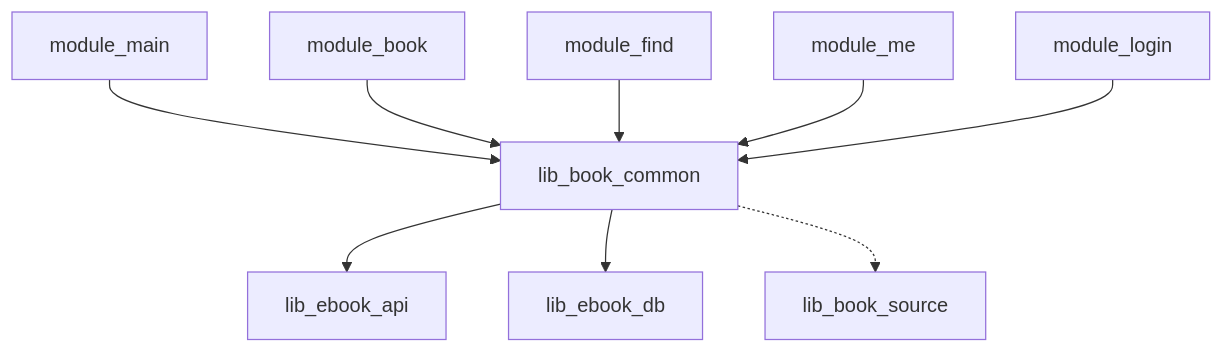
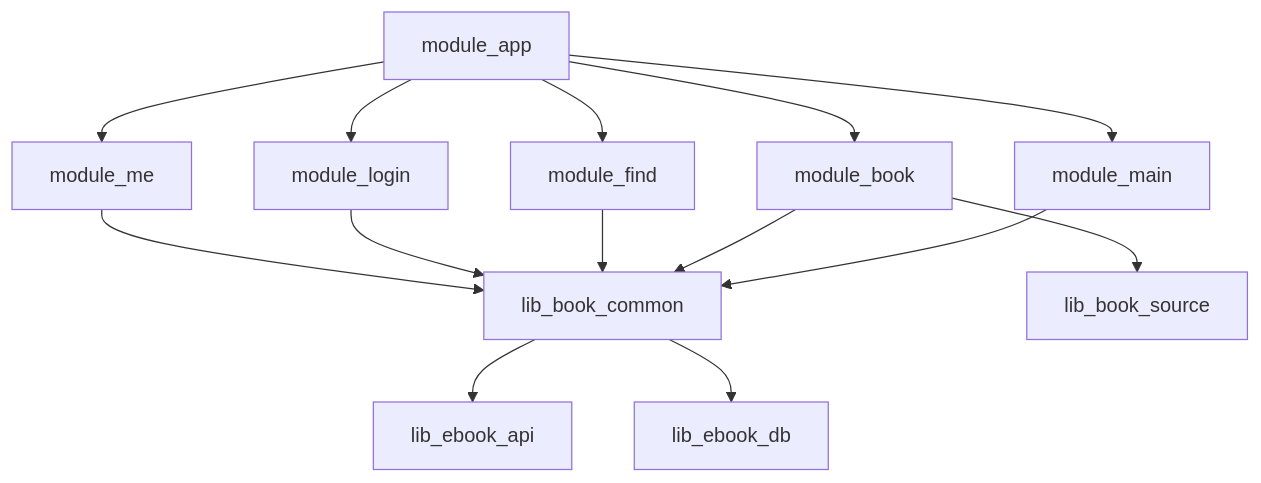
The tenth of 10 diagrams in .qoder/repowiki/zh/content/架构设计/架构设计.md (xrn1997/android-ebook), drawn with Mermaid before and after one commit. The commit also changed other lines of this file and 456 other files, not shown here.

````diff
--- a/.qoder/repowiki/zh/content/架构设计/架构设计.md
+++ b/.qoder/repowiki/zh/content/架构设计/架构设计.md
@@ -310,11 +335,16 @@
 ```mermaid
 graph TB
-    M1["module_main"] --> L1["lib_book_common"]
-    M2["module_book"] --> L1
-    M3["module_find"] --> L1
-    M4["module_me"] --> L1
-    M5["module_login"] --> L1
-    L1 --> N1["lib_ebook_api"]
-    L1 --> N2["lib_ebook_db"]
-    L1 -.-> S1["lib_book_source"]
+    APP["module_app"] --> MAIN["module_main"]
+    APP --> BOOK["module_book"]
+    APP --> FIND["module_find"]
+    APP --> LOGIN["module_login"]
+    APP --> ME["module_me"]
+    MAIN --> COMMON["lib_book_common"]
+    BOOK --> COMMON
+    FIND --> COMMON
+    LOGIN --> COMMON
+    ME --> COMMON
+    COMMON --> API["lib_ebook_api"]
+    COMMON --> DB["lib_ebook_db"]
+    BOOK --> SOURCE["lib_book_source"]
 ```
````
